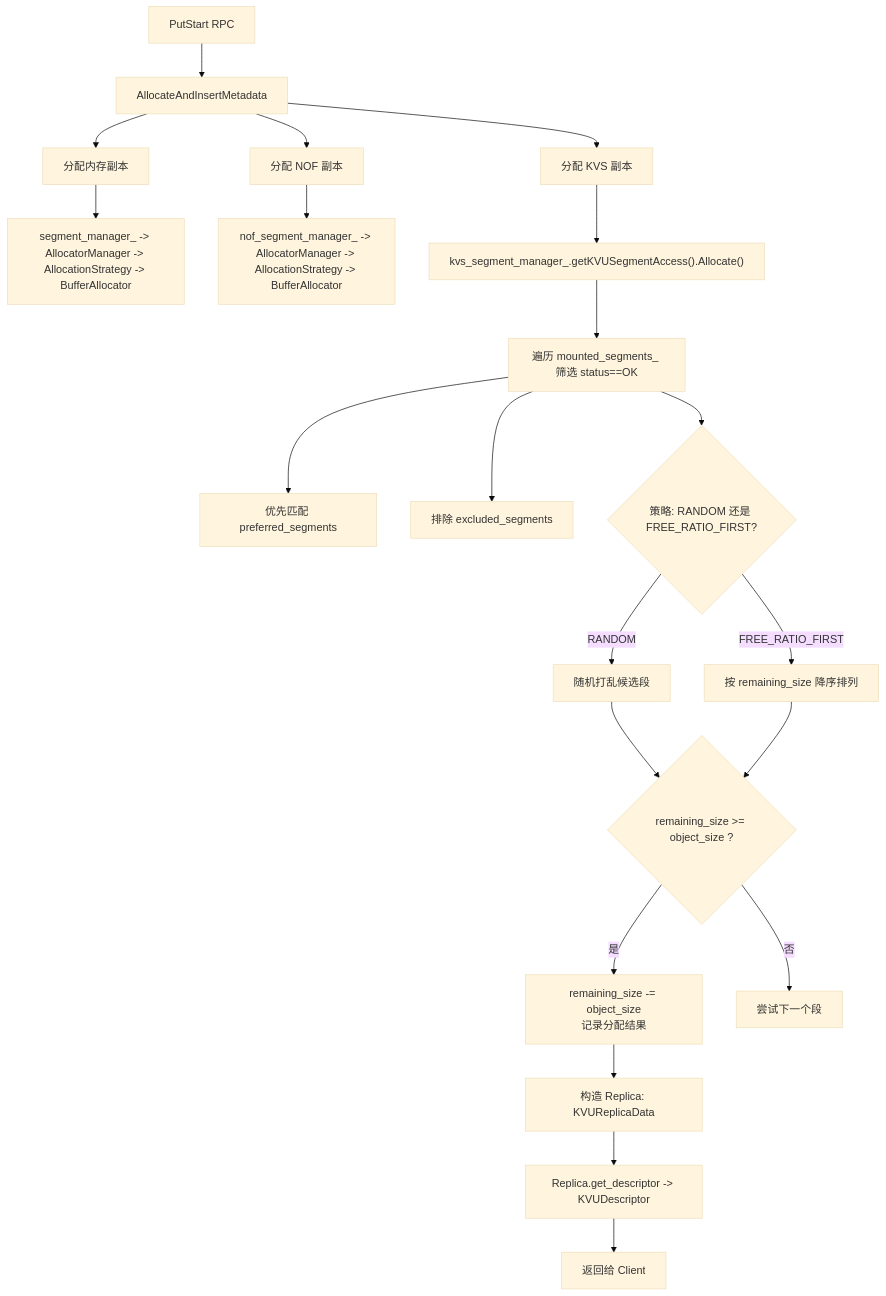
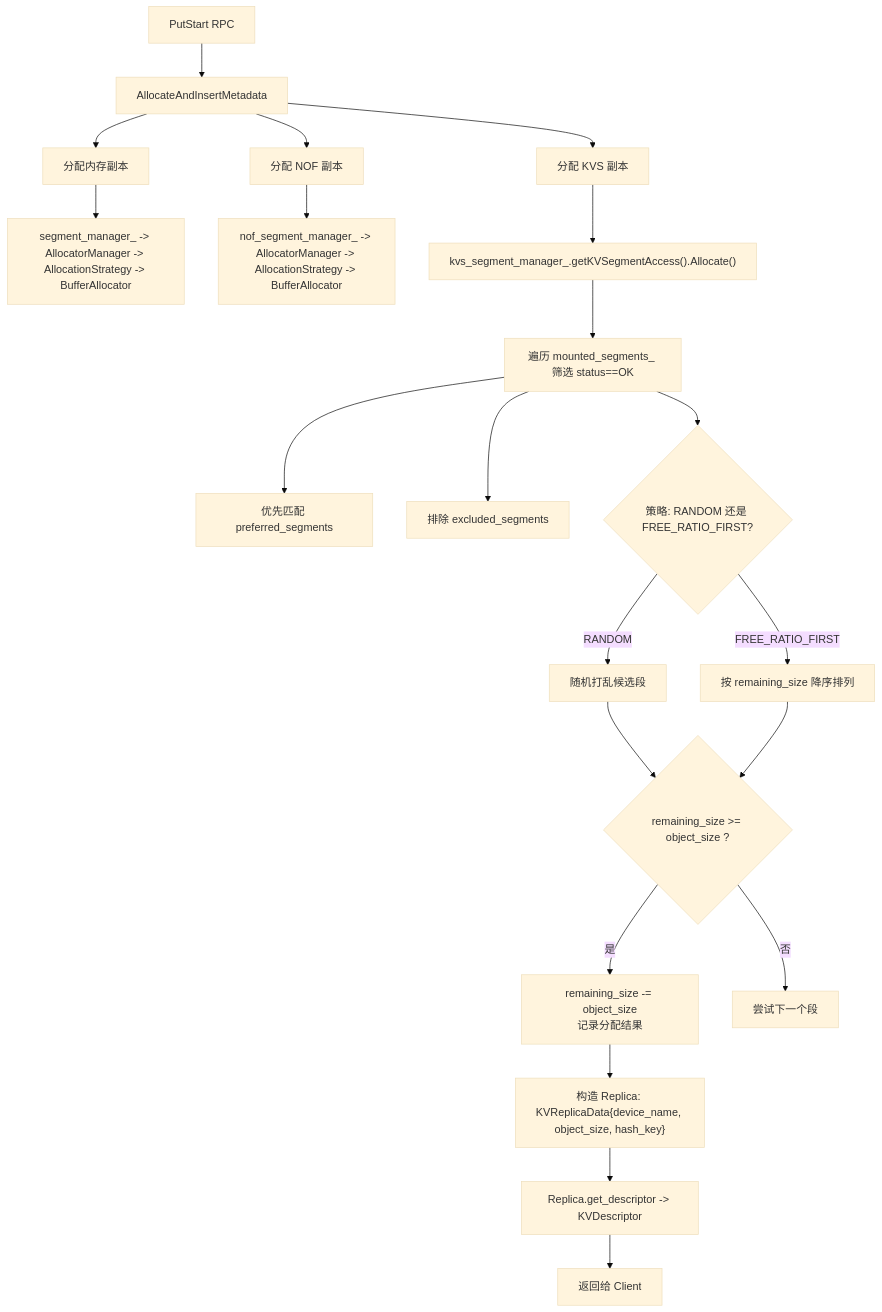
The fifth of 10 diagrams in mooncake-store/docs/KVUSegment_design.md (yz53665/Mooncake), drawn with Mermaid (base theme) before and after one commit. The commit also changed other lines of this file, not shown here.

````diff
--- a/mooncake-store/docs/KVUSegment_design.md
+++ b/mooncake-store/docs/KVUSegment_design.md
@@ -255,30 +264,30 @@
 ```mermaid
 flowchart TD
     A[PutStart RPC] --> B[AllocateAndInsertMetadata]
 
     B --> C[分配内存副本]
     C --> D["segment_manager_ -> AllocatorManager -> AllocationStrategy -> BufferAllocator"]
 
     B --> F[分配 NOF 副本]
     F --> G["nof_segment_manager_ -> AllocatorManager -> AllocationStrategy -> BufferAllocator"]
 
     B --> I[分配 KVS 副本]
-    I --> J["kvs_segment_manager_.getKVUSegmentAccess().Allocate()"]
+    I --> J["kvs_segment_manager_.getKVSegmentAccess().Allocate()"]
 
     J --> K["遍历 mounted_segments_ 筛选 status==OK"]
     K --> L[优先匹配 preferred_segments]
     K --> M[排除 excluded_segments]
     K --> N{策略: RANDOM 还是 FREE_RATIO_FIRST?}
     N -->|RANDOM| O[随机打乱候选段]
     N -->|FREE_RATIO_FIRST| P[按 remaining_size 降序排列]
 
     O --> Q{"remaining_size >= object_size ?"}
     P --> Q
 
     Q -->|是| R["remaining_size -= object_size<br/>记录分配结果"]
     Q -->|否| S[尝试下一个段]
 
-    R --> T["构造 Replica: KVUReplicaData"]
-    T --> U["Replica.get_descriptor -> KVUDescriptor"]
+    R --> T["构造 Replica: KVReplicaData{device_name, object_size, hash_key}"]
+    T --> U["Replica.get_descriptor -> KVDescriptor"]
     U --> X[返回给 Client]
 ```
````
